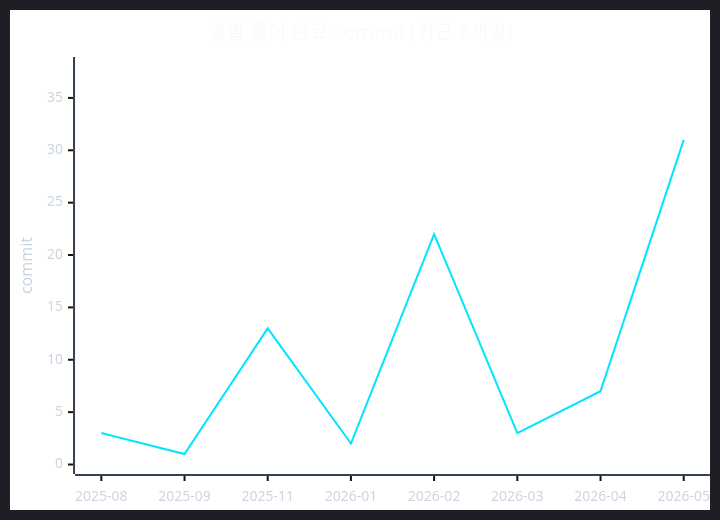
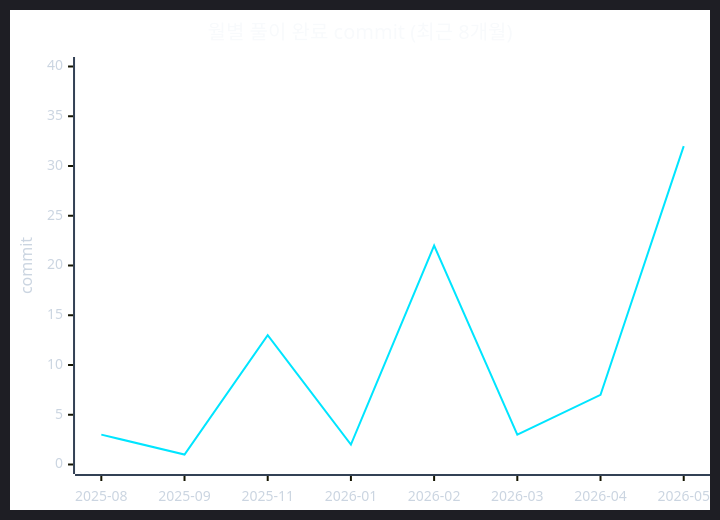
The second of 2 diagrams in readme.md (CHOOSLA/Algorithm), drawn with Mermaid before and after one commit. The commit also changed 1 other file, not shown here.

Commit message:
[Passed] T를 초과하는 연속 부분 수열 (2ms, 0MB)

````diff
--- a/readme.md
+++ b/readme.md
@@ -71,22 +71,22 @@
 ```mermaid
 ---
 config:
   theme: dark
   themeVariables:
     background: '#0d1117'
     xyChart:
       titleColor: '#f8fafc'
       xAxisLabelColor: '#cbd5e1'
       xAxisTitleColor: '#cbd5e1'
       xAxisLineColor: '#334155'
       yAxisLabelColor: '#cbd5e1'
       yAxisTitleColor: '#cbd5e1'
       yAxisLineColor: '#334155'
       plotColorPalette: '#00e5ff'
 ---
 xychart-beta
   title "월별 풀이 완료 commit (최근 8개월)"
   x-axis ["2025-08", "2025-09", "2025-11", "2026-01", "2026-02", "2026-03", "2026-04", "2026-05"]
-  y-axis "commit" 0 --> 38
-  line [3, 1, 13, 2, 22, 3, 7, 31]
+  y-axis "commit" 0 --> 40
+  line [3, 1, 13, 2, 22, 3, 7, 32]
 ```
````
